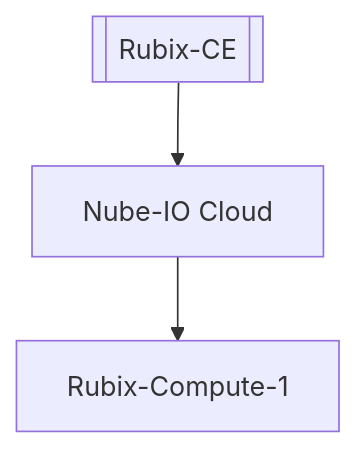
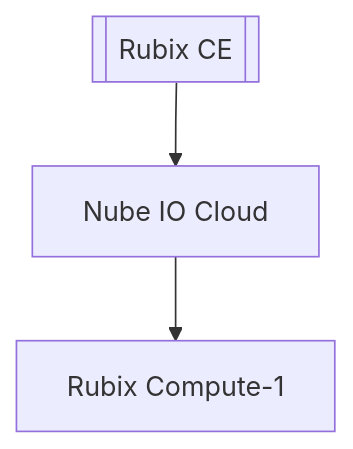
The second of 2 diagrams in docs/rubix-ce/setup/Rubix Computes.md (NubeIO/rubix-ce-docs), drawn with Mermaid before and after one commit. The commit also changed other lines of this file and 3 other files, not shown here.

````diff
--- a/docs/rubix-ce/setup/Rubix Computes.md
+++ b/docs/rubix-ce/setup/Rubix Computes.md
@@ -78,5 +78,5 @@
 ```mermaid
 flowchart TD
-    A[[Rubix-CE]] --> B[Nube-IO Cloud]
-    B[Nube-IO Cloud]--> C[Rubix-Compute-1]
+    A[[Rubix CE]] --> B[Nube IO Cloud]
+    B[Nube IO Cloud]--> C[Rubix Compute-1]
 ```
````
